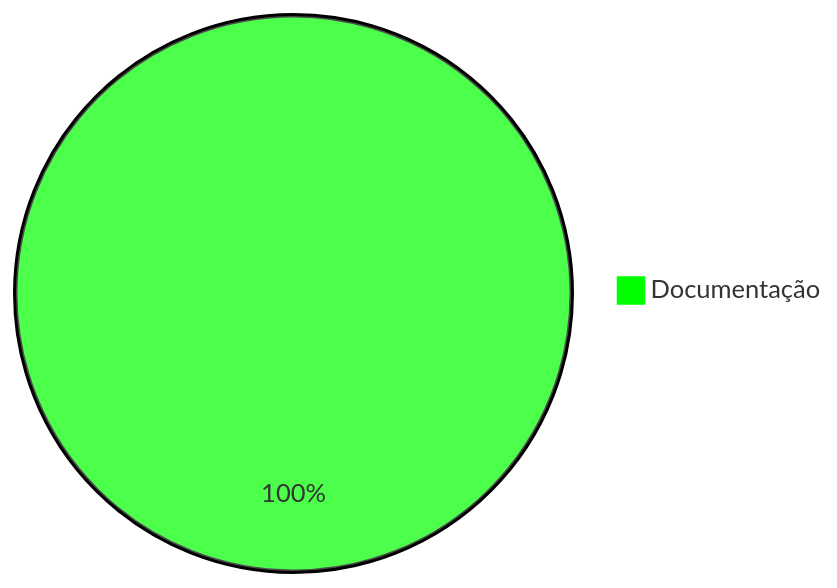
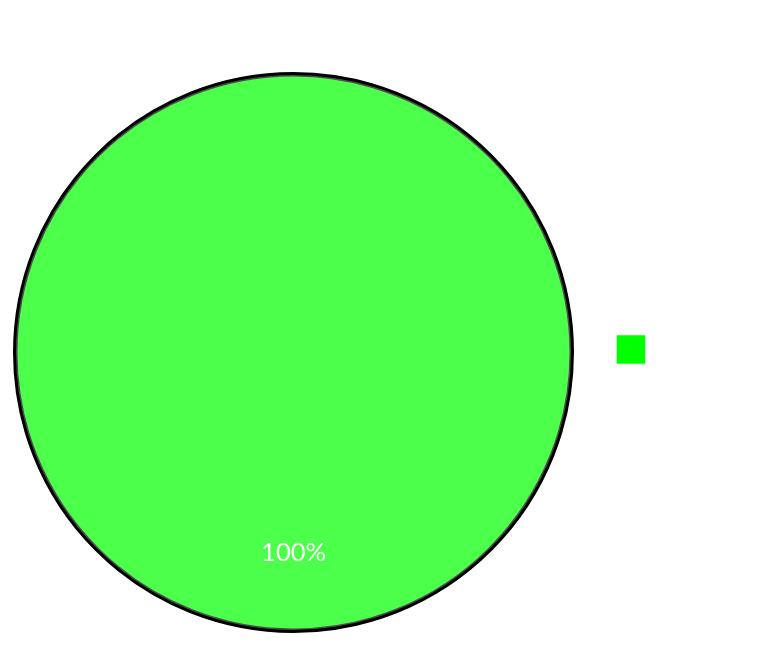
Before and after one commit to desenvolvimento03onnet/onnet-comissao-api: the second of 2 diagrams in README.md, drawn with Mermaid. The commit also changed other lines of this file, not shown here.

Commit message:
Nono Commit, Alterações README

````diff
--- a/README.md
+++ b/README.md
@@ -66,5 +66,13 @@
 ```mermaid
-    %%{init: {'theme': 'base', 'themeVariables': { 'pie1': '#00FF00'}}}%%
-    pie
-    "Documentação" : 100
+    %%{
+      init: {
+        'theme': 'base',
+        'themeVariables': {
+          'pie1': '#00FF00',
+          'primaryTextColor': '#FFFFFF'
+        }
+      }
+    }%%
+    pie title Documentação
+    "Concluído" : 100
 ```
````
